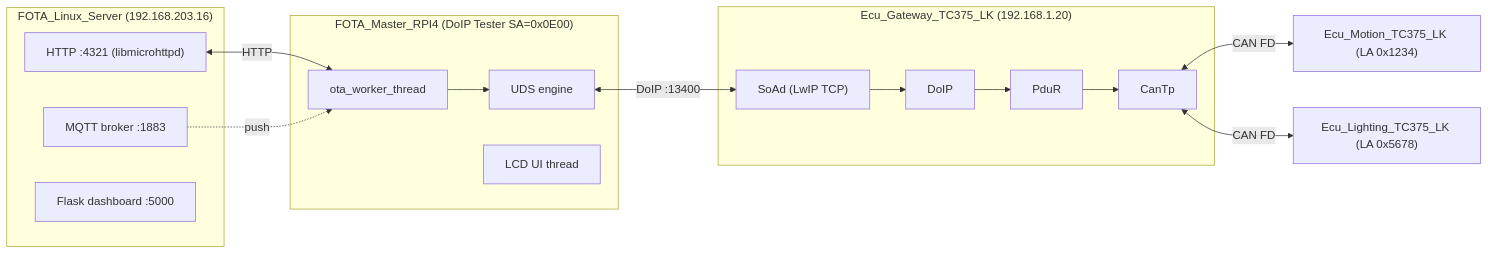
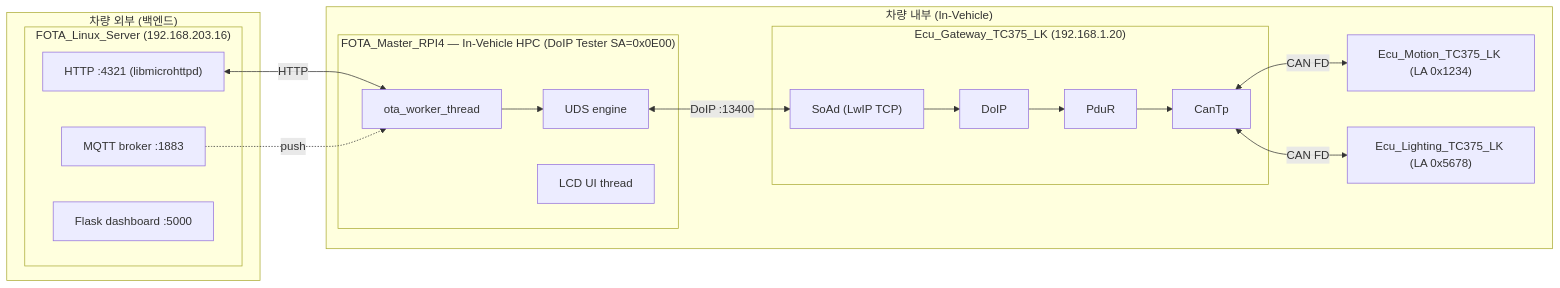
Before and after one commit to kdt-fibonacci/fota-reprogramming: the first of 6 diagrams in docs/02_system_architecture.md, drawn with Mermaid. The commit also changed other lines of this file and 8 other files, not shown here.

````diff
--- a/docs/02_system_architecture.md
+++ b/docs/02_system_architecture.md
@@ -27,29 +28,33 @@
 ```mermaid
 flowchart LR
-    subgraph SRV["FOTA_Linux_Server (192.168.203.16)"]
-        H["HTTP :4321 (libmicrohttpd)"]
-        Q["MQTT broker :1883"]
-        DB["Flask dashboard :5000"]
+    subgraph CLOUD["차량 외부 (백엔드)"]
+        subgraph SRV["FOTA_Linux_Server (192.168.203.16)"]
+            H["HTTP :4321 (libmicrohttpd)"]
+            Q["MQTT broker :1883"]
+            DB["Flask dashboard :5000"]
+        end
     end
-    subgraph RPI["FOTA_Master_RPI4 (DoIP Tester SA=0x0E00)"]
-        W["ota_worker_thread"]
-        E["UDS engine"]
-        L["LCD UI thread"]
+    subgraph VEH["차량 내부 (In-Vehicle)"]
+        subgraph RPI["FOTA_Master_RPI4 — In-Vehicle HPC (DoIP Tester SA=0x0E00)"]
+            W["ota_worker_thread"]
+            E["UDS engine"]
+            L["LCD UI thread"]
+        end
+        subgraph GW["Ecu_Gateway_TC375_LK (192.168.1.20)"]
+            SO["SoAd (LwIP TCP)"]
+            DP["DoIP"]
+            PR["PduR"]
+            CT["CanTp"]
+        end
+        MOT["Ecu_Motion_TC375_LK (LA 0x1234)"]
+        LIT["Ecu_Lighting_TC375_LK (LA 0x5678)"]
     end
-    subgraph GW["Ecu_Gateway_TC375_LK (192.168.1.20)"]
-        SO["SoAd (LwIP TCP)"]
-        DP["DoIP"]
-        PR["PduR"]
-        CT["CanTp"]
-    end
-    MOT["Ecu_Motion_TC375_LK (LA 0x1234)"]
-    LIT["Ecu_Lighting_TC375_LK (LA 0x5678)"]
 
     H <-->|HTTP| W
     Q -.->|push| W
     W --> E
     E <-->|DoIP :13400| SO
     SO --> DP --> PR --> CT
     CT <-->|CAN FD| MOT
     CT <-->|CAN FD| LIT
 ```
````
